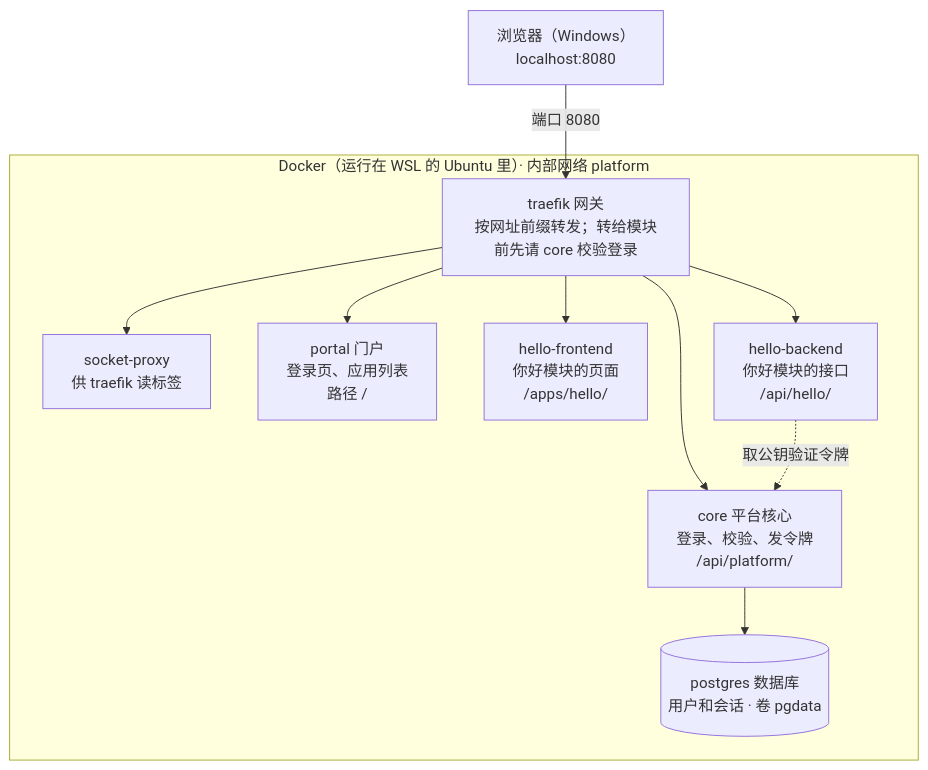
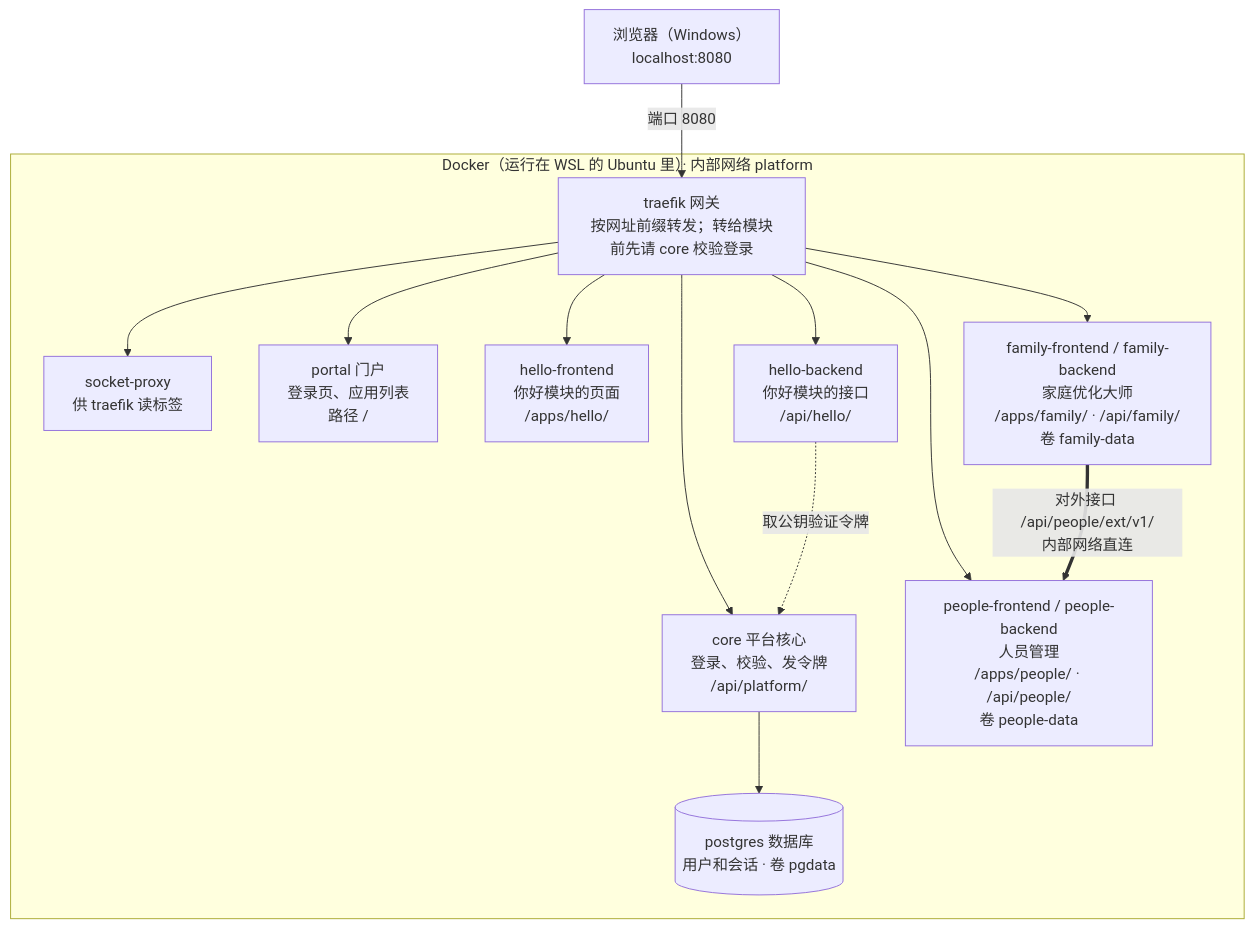
Before and after one commit to Beane-Big/vibebooth: the diagram in ARCHITECTURE.md, drawn with Mermaid. The commit also changed other lines of this file and 58 other files, not shown here.

````diff
--- a/ARCHITECTURE.md
+++ b/ARCHITECTURE.md
@@ -20,21 +20,26 @@
 ```mermaid
 flowchart TB
     browser["浏览器（Windows）<br/>localhost:8080"]
     subgraph docker["Docker（运行在 WSL 的 Ubuntu 里）· 内部网络 platform"]
         traefik["traefik 网关<br/>按网址前缀转发；转给模块前先请 core 校验登录"]
         socket["socket-proxy<br/>供 traefik 读标签"]
         portal["portal 门户<br/>登录页、应用列表<br/>路径 /"]
         core["core 平台核心<br/>登录、校验、发令牌<br/>/api/platform/"]
         hf["hello-frontend<br/>你好模块的页面<br/>/apps/hello/"]
         hb["hello-backend<br/>你好模块的接口<br/>/api/hello/"]
+        pf["people-frontend / people-backend<br/>人员管理<br/>/apps/people/ · /api/people/<br/>卷 people-data"]
+        ff["family-frontend / family-backend<br/>家庭优化大师<br/>/apps/family/ · /api/family/<br/>卷 family-data"]
         pg[("postgres 数据库<br/>用户和会话 · 卷 pgdata")]
     end
     browser -- "端口 8080" --> traefik
     traefik --> socket
     traefik --> portal
     traefik --> core
     traefik --> hf
     traefik --> hb
+    traefik --> pf
+    traefik --> ff
     core --> pg
     hb -. "取公钥验证令牌" .-> core
+    ff == "对外接口 /api/people/ext/v1/<br/>内部网络直连" ==> pf
 ```
````
